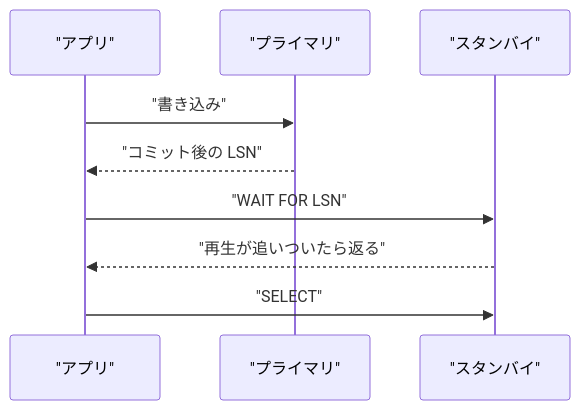
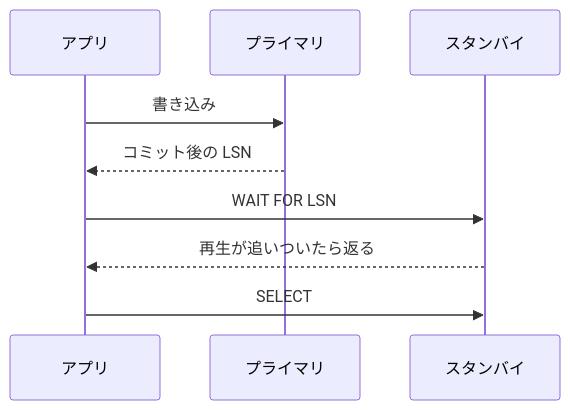
The diagram in content/posts/2026-11-20-postgresql-19-app-side-features.md (swallowarc/blog), drawn with Mermaid before and after one commit. The commit also changed 3 other files, not shown here.

First line of the commit message:
シーケンス図のラベルから引用符を外す

````diff
--- a/content/posts/2026-11-20-postgresql-19-app-side-features.md
+++ b/content/posts/2026-11-20-postgresql-19-app-side-features.md
@@ -25,11 +25,11 @@
 ```mermaid
 sequenceDiagram
-    participant App as "アプリ"
-    participant P as "プライマリ"
-    participant S as "スタンバイ"
-    App->>P: "書き込み"
-    P-->>App: "コミット後の LSN"
-    App->>S: "WAIT FOR LSN"
-    S-->>App: "再生が追いついたら返る"
-    App->>S: "SELECT"
+    participant App as アプリ
+    participant P as プライマリ
+    participant S as スタンバイ
+    App->>P: 書き込み
+    P-->>App: コミット後の LSN
+    App->>S: WAIT FOR LSN
+    S-->>App: 再生が追いついたら返る
+    App->>S: SELECT
 ```
````
